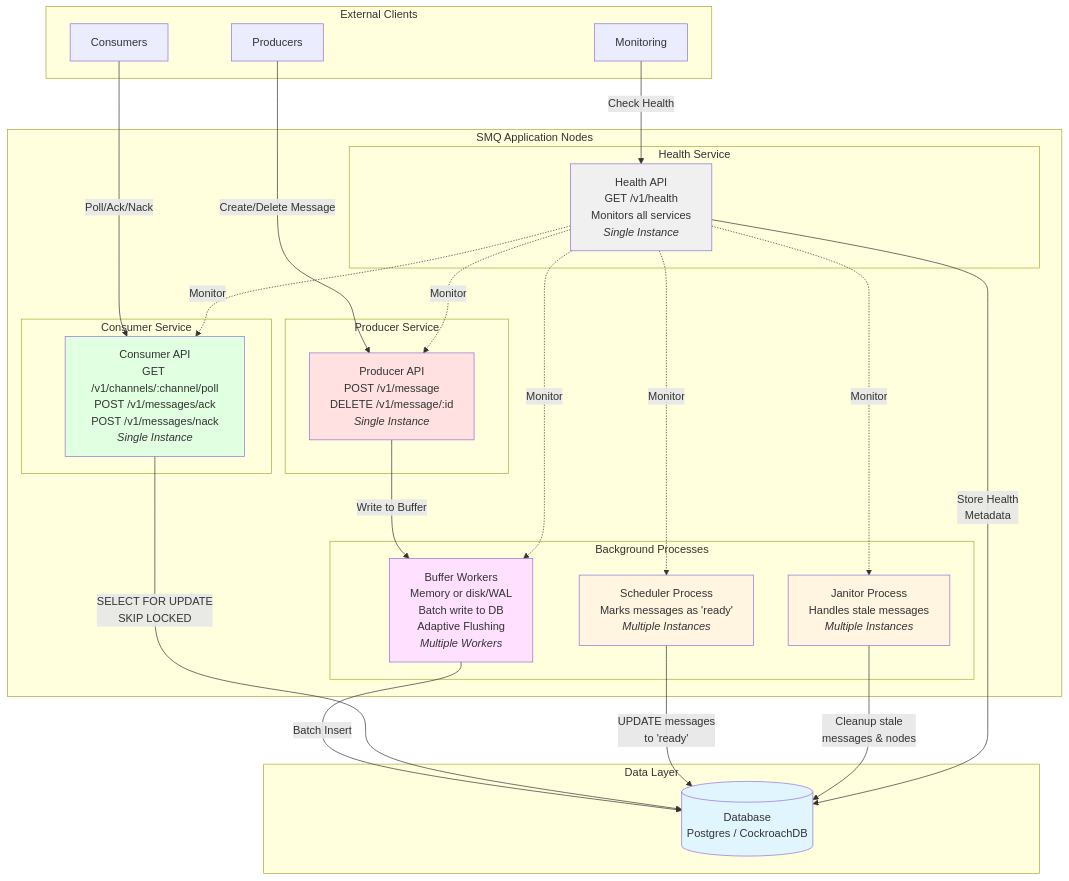
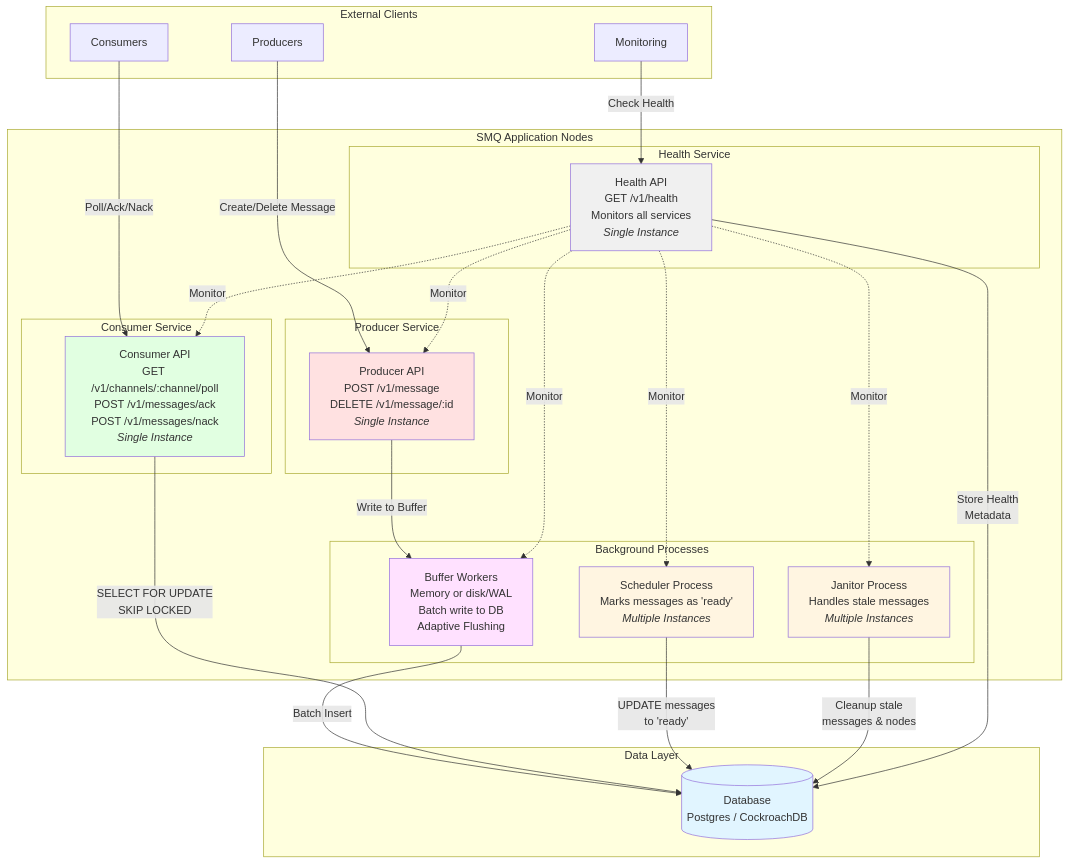
Before and after one commit to jaysongiroux/SMQ: the diagram in README.md, drawn with Mermaid. The commit also changed 5 other files, not shown here.

Commit message:
added true batch insertion for database buffer flush

````diff
--- a/README.md
+++ b/README.md
@@ -7,64 +7,64 @@
 ```mermaid
 graph TB
     subgraph "External Clients"
         P[Producers]
         C[Consumers]
         M[Monitoring]
     end
 
     subgraph "SMQ Application Nodes"
         subgraph "Producer Service"
             PA[Producer API<br/>POST /v1/message<br/>DELETE /v1/message/:id<br/><i>Single Instance</i>]
         end
 
         subgraph "Consumer Service"
             CA[Consumer API<br/>GET /v1/channels/:channel/poll<br/>POST /v1/messages/ack<br/>POST /v1/messages/nack<br/><i>Single Instance</i>]
         end
 
         subgraph "Background Processes"
             S[Scheduler Process<br/>Marks messages as 'ready'<br/><i>Multiple Instances</i>]
             J[Janitor Process<br/>Handles stale messages<br/><i>Multiple Instances</i>]
-            B[Buffer Workers<br/>Memory or disk/WAL<br/>Batch write to DB<br/>Adaptive Flushing<br/><i>Multiple Workers</i>]
+            B[Buffer Workers<br/>Memory or disk/WAL<br/>Batch write to DB<br/>Adaptive Flushing<br/>]
         end
 
         subgraph "Health Service"
             H[Health API<br/>GET /v1/health<br/>Monitors all services<br/><i>Single Instance</i>]
         end
     end
 
     subgraph "Data Layer"
         DB[(Database<br/>Postgres / CockroachDB)]
     end
 
     %% Producer flow
     P -->|Create/Delete Message| PA
     PA -->|Write to Buffer| B
     B -->|Batch Insert| DB
 
     %% Consumer flow
     C -->|Poll/Ack/Nack| CA
     CA -->|SELECT FOR UPDATE<br/>SKIP LOCKED| DB
 
     %% Scheduler flow
     S -->|UPDATE messages<br/>to 'ready'| DB
 
     %% Janitor flow
     J -->|Cleanup stale<br/>messages & nodes| DB
 
     %% Health monitoring flow
     M -->|Check Health| H
     H -.->|Monitor| PA
     H -.->|Monitor| CA
     H -.->|Monitor| S
     H -.->|Monitor| J
     H -.->|Monitor| B
     H -->|Store Health<br/>Metadata| DB
 
     style DB fill:#e1f5ff
     style PA fill:#ffe1e1
     style CA fill:#e1ffe1
     style S fill:#fff5e1
     style J fill:#fff5e1
     style B fill:#ffe1ff
     style H fill:#f0f0f0
 ```
````
